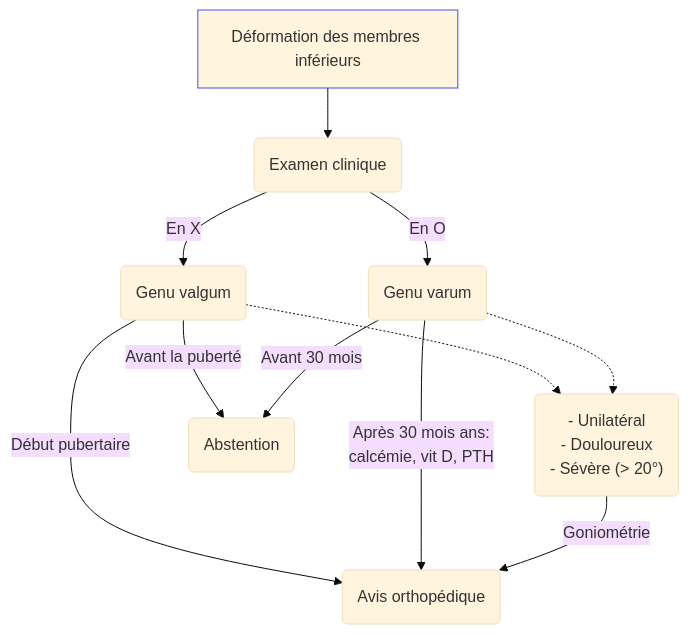
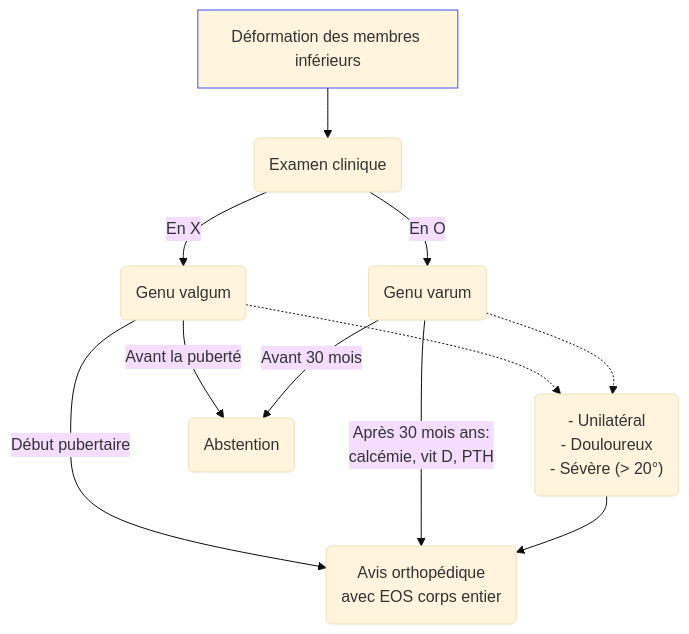
The diagram in content/recommandations/genu-varum-valgum.md (djibe/recommandations-medicales), drawn with Mermaid (base theme) before and after one commit. The commit also changed other lines of this file, not shown here.

Commit message:
Genu varum update

```diff
--- a/content/recommandations/genu-varum-valgum.md
+++ b/content/recommandations/genu-varum-valgum.md
@@ -116,11 +121,11 @@
 {{< mermaid title="Prise en charge de la déformation des membres inférieurs (genu varum et valgum). Dr JB Fron d'après SOFOP et CFCOT" >}}
 graph TB
-  clinique[Déformation des membres inférieurs] --> examen(Examen clinique) -- En O --> varum(Genu varum) -.-> suspect("- Unilatéral<br>- Douloureux<br>- Sévère (&gt; 20°)") -- Goniométrie --> avis(Avis orthopédique)
+  clinique[Déformation des membres inférieurs] --> examen(Examen clinique) -- En O --> varum(Genu varum) -.-> suspect("- Unilatéral<br>- Douloureux<br>- Sévère (&gt; 20°)") --> avis("Avis orthopédique<br>avec EOS corps entier")
       varum -- Avant 30 mois --> abstention(Abstention)
       varum -- "Après 30 mois ans:<br> calcémie, vit D, PTH" --> avis
     examen -- En X --> valgum(Genu valgum)
       valgum -.-> suspect
       valgum -- Avant la puberté --> abstention
       valgum -- Début pubertaire --> avis
   style clinique stroke:#4150f5, stroke-width:1px
 {{< /mermaid >}}
```
